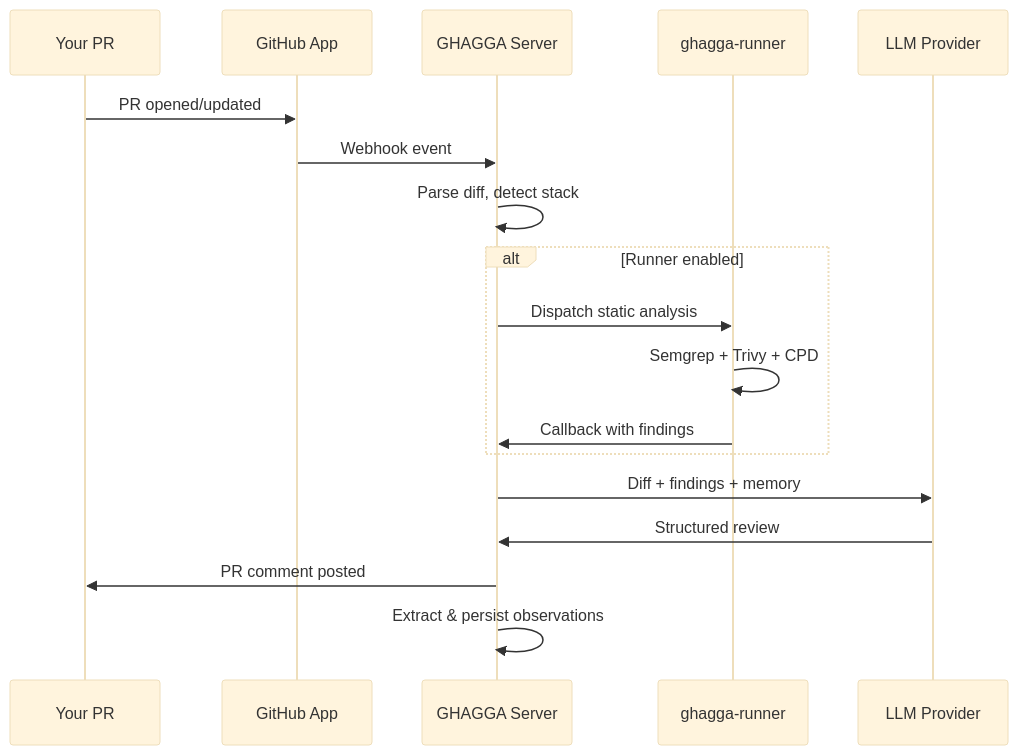
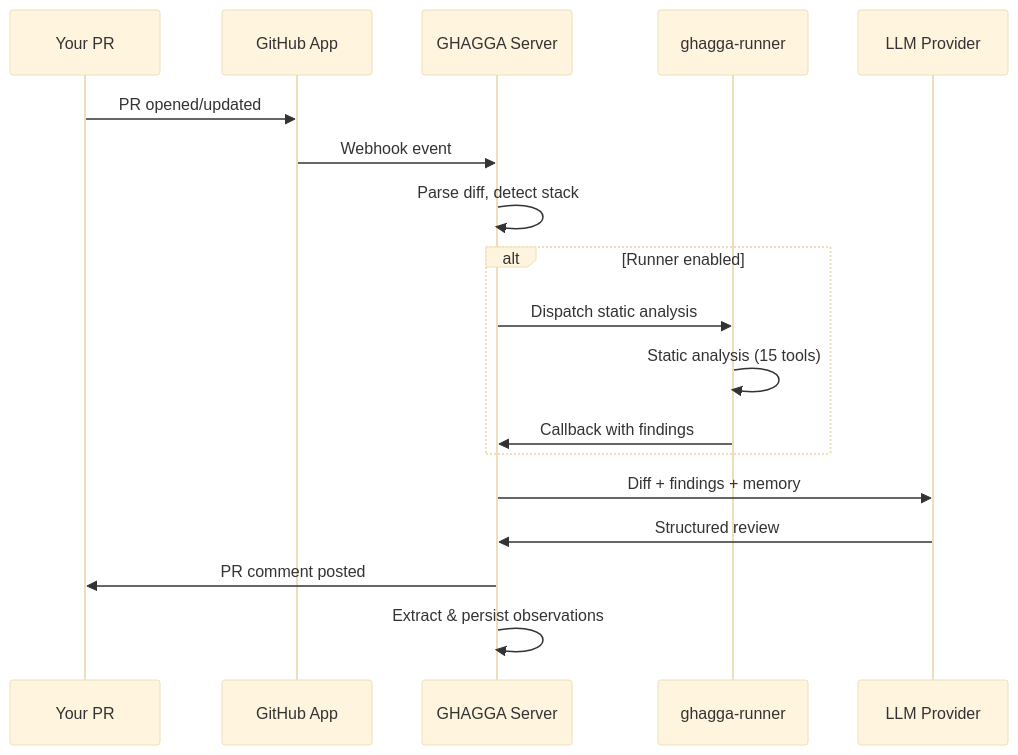
Before and after one commit to actions-marketplace-validations/JNZader_ghagga: the diagram in docs/saas-getting-started.md, drawn with Mermaid (base theme). The commit also changed other lines of this file and 22 other files, not shown here.

````diff
--- a/docs/saas-getting-started.md
+++ b/docs/saas-getting-started.md
@@ -135,21 +135,21 @@
 ```mermaid
 sequenceDiagram
     participant You as Your PR
     participant App as GitHub App
     participant Server as GHAGGA Server
     participant Runner as ghagga-runner
     participant LLM as LLM Provider
 
     You->>App: PR opened/updated
     App->>Server: Webhook event
     Server->>Server: Parse diff, detect stack
     alt Runner enabled
         Server->>Runner: Dispatch static analysis
-        Runner->>Runner: Semgrep + Trivy + CPD
+        Runner->>Runner: Static analysis (15 tools)
         Runner->>Server: Callback with findings
     end
     Server->>LLM: Diff + findings + memory
     LLM->>Server: Structured review
     Server->>You: PR comment posted
     Server->>Server: Extract & persist observations
 ```
````
